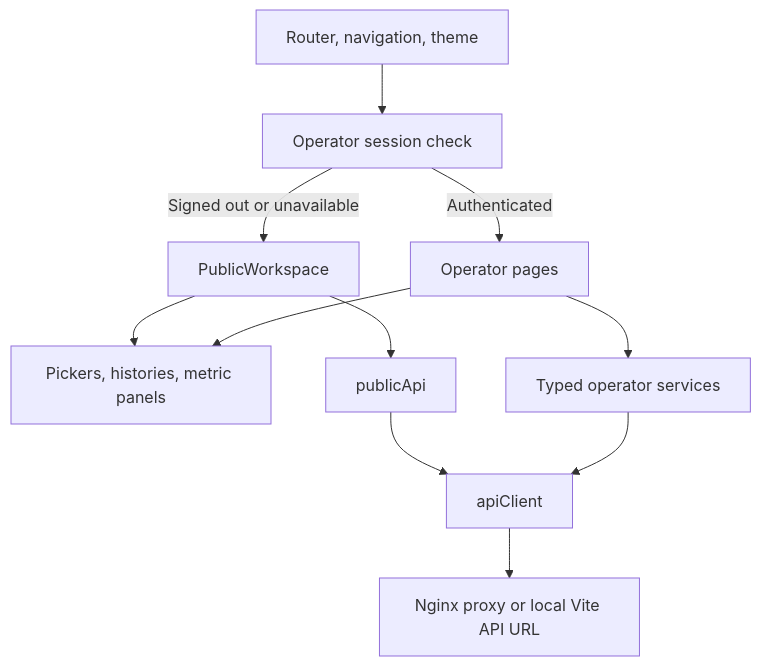
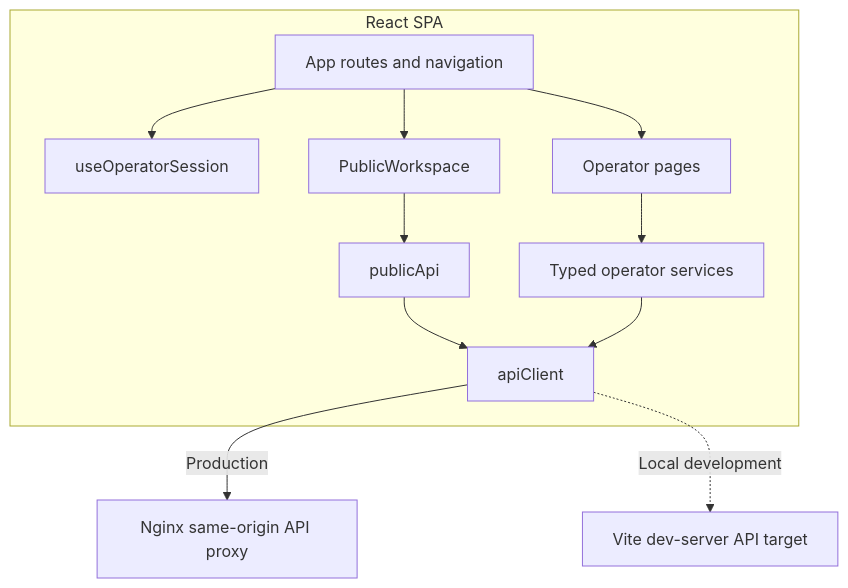
Before and after one commit to ribumann/llmserving: the first of 4 diagrams in docs/architecture/COMPONENTS.md, drawn with Mermaid. The commit also changed other lines of this file and 6 other files, not shown here.

Commit message:
docs: complete C4 architecture guide

````diff
--- a/docs/architecture/COMPONENTS.md
+++ b/docs/architecture/COMPONENTS.md
@@ -9,22 +19,23 @@
 ```mermaid
 flowchart TB
-    Shell["Router, navigation, theme"]
-    Session["Operator session check"]
-    Public["PublicWorkspace"]
-    Operator["Operator pages"]
-    Shared["Pickers, histories, metric panels"]
-    PublicAPI["publicApi"]
-    OperatorAPI["Typed operator services"]
-    Transport["apiClient"]
-    Proxy["Nginx proxy or local Vite API URL"]
-    Shell --> Session
-    Session -->|Signed out or unavailable| Public
-    Session -->|Authenticated| Operator
-    Public --> Shared
-    Operator --> Shared
-    Public --> PublicAPI
-    Operator --> OperatorAPI
-    PublicAPI --> Transport
-    OperatorAPI --> Transport
-    Transport --> Proxy
+    subgraph UI["React SPA"]
+        Routes["App routes and navigation"]
+        Session["useOperatorSession"]
+        Workspace["PublicWorkspace"]
+        Pages["Operator pages"]
+        PublicService["publicApi"]
+        OperatorServices["Typed operator services"]
+        Client["apiClient"]
+        Routes --> Session
+        Routes --> Workspace
+        Routes --> Pages
+        Workspace --> PublicService
+        Pages --> OperatorServices
+        PublicService --> Client
+        OperatorServices --> Client
+    end
+    Nginx["Nginx same-origin API proxy"]
+    Vite["Vite dev-server API target"]
+    Client -->|Production| Nginx
+    Client -.->|Local development| Vite
 ```
````
